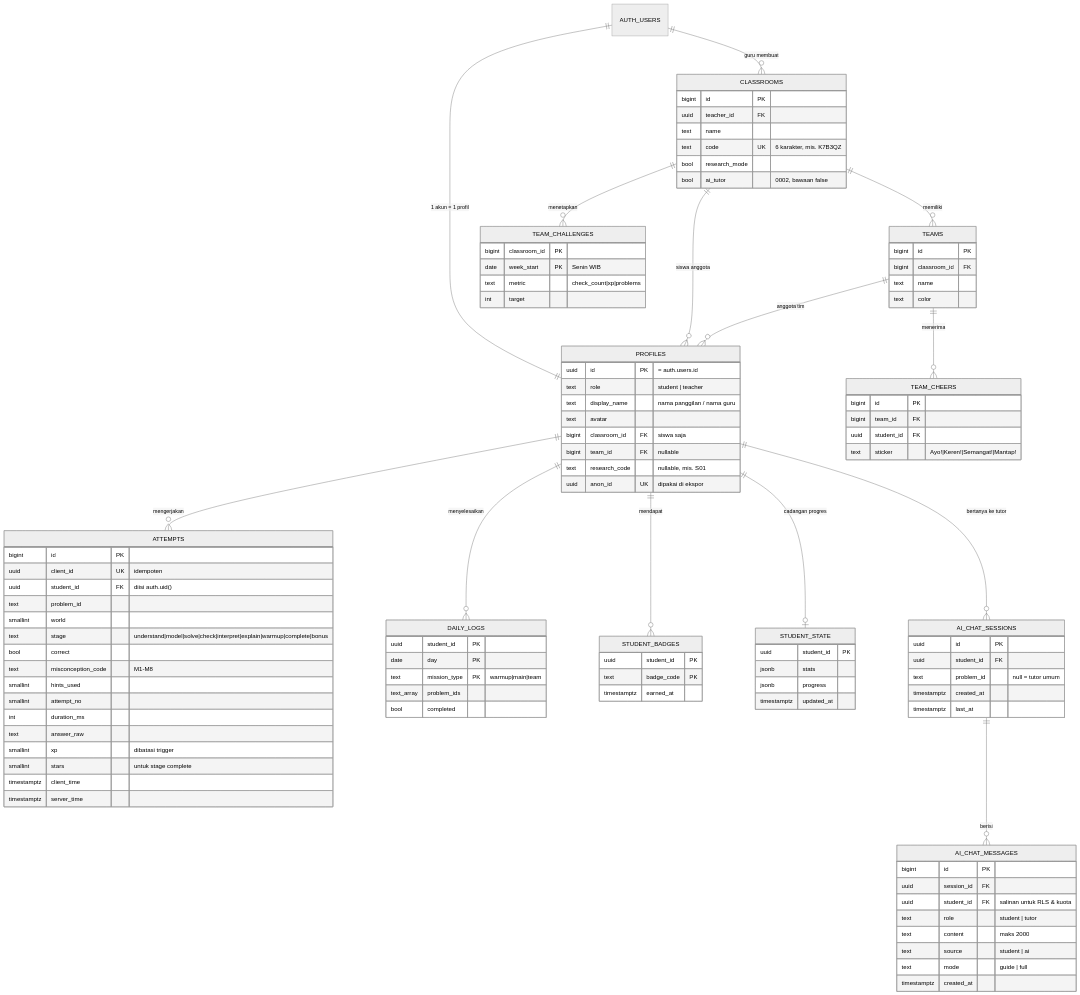
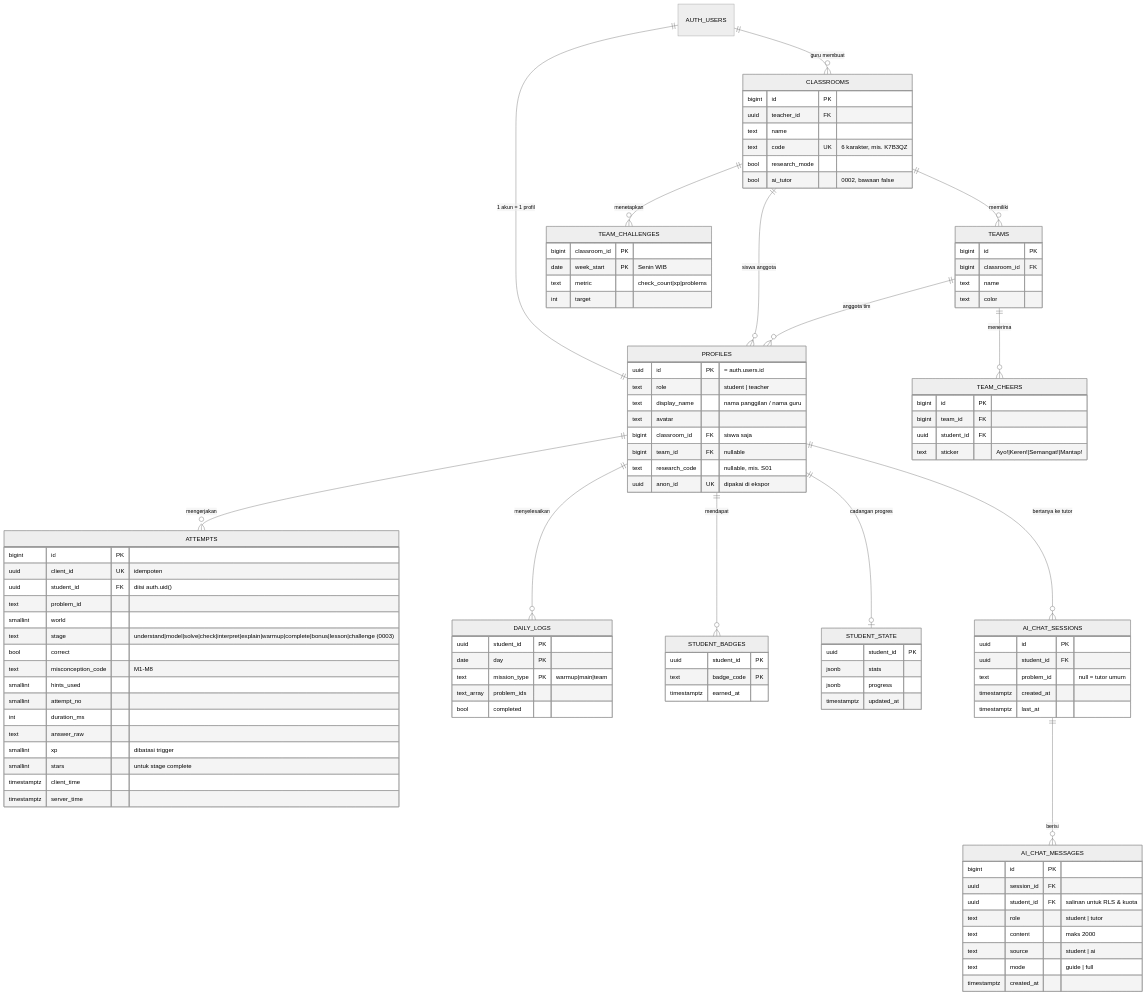
Before and after one commit to auliasifamaulanirahayu/2225250008_Aulia-Sifa-Maulani-Rahayu: the diagram in docs/DATA_MODEL.md, drawn with Mermaid (neutral theme). The commit also changed other lines of this file and 32 other files, not shown here.

```diff
--- a/docs/DATA_MODEL.md
+++ b/docs/DATA_MODEL.md
@@ -73,7 +73,7 @@
         uuid student_id FK "diisi auth.uid()"
         text problem_id
         smallint world
-        text stage "understand|model|solve|check|interpret|explain|warmup|complete|bonus"
+        text stage "understand|model|solve|check|interpret|explain|warmup|complete|bonus|lesson|challenge (0003)"
         bool correct
         text misconception_code "M1-M8"
         smallint hints_used
```
